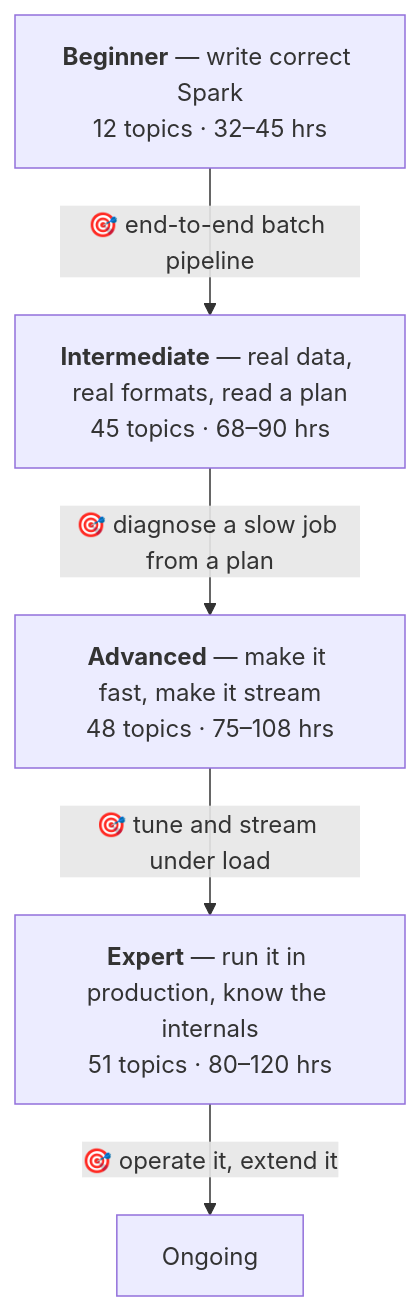
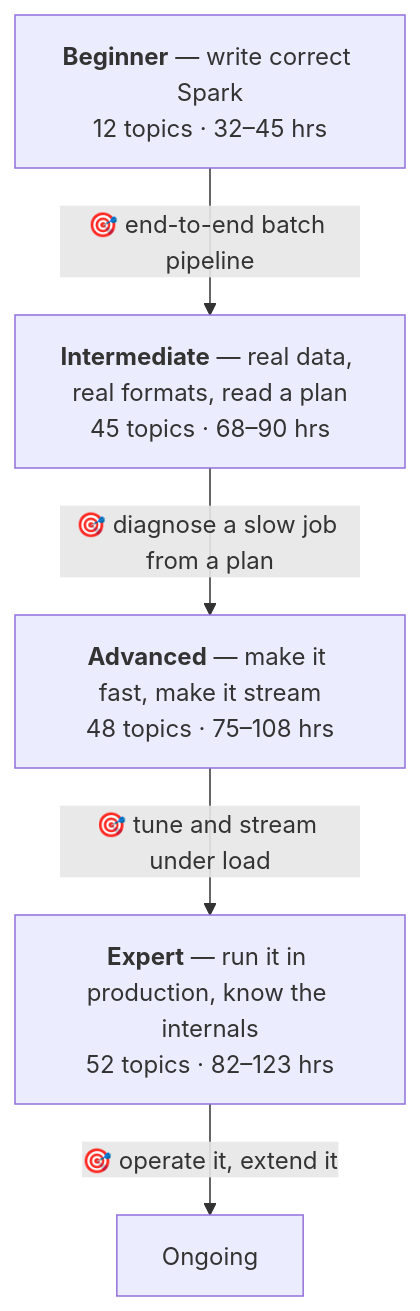
The first of 2 diagrams in docs/learning-path-v2.md (arindamchoudhury/spark-gyan), drawn with Mermaid before and after one commit. The commit also changed other lines of this file, not shown here.

````diff
--- a/docs/learning-path-v2.md
+++ b/docs/learning-path-v2.md
@@ -111,11 +113,11 @@
 ```mermaid
 flowchart TD
     B["<b>Beginner</b> — write correct Spark<br/>12 topics · 32–45 hrs"]
     I["<b>Intermediate</b> — real data, real formats, read a plan<br/>45 topics · 68–90 hrs"]
     A["<b>Advanced</b> — make it fast, make it stream<br/>48 topics · 75–108 hrs"]
-    E["<b>Expert</b> — run it in production, know the internals<br/>51 topics · 80–120 hrs"]
+    E["<b>Expert</b> — run it in production, know the internals<br/>52 topics · 82–123 hrs"]
     B -->|"🎯 end-to-end batch pipeline"| I
     I -->|"🎯 diagnose a slow job from a plan"| A
     A -->|"🎯 tune and stream under load"| E
     E -->|"🎯 operate it, extend it"| Done["Ongoing"]
 ```
````
